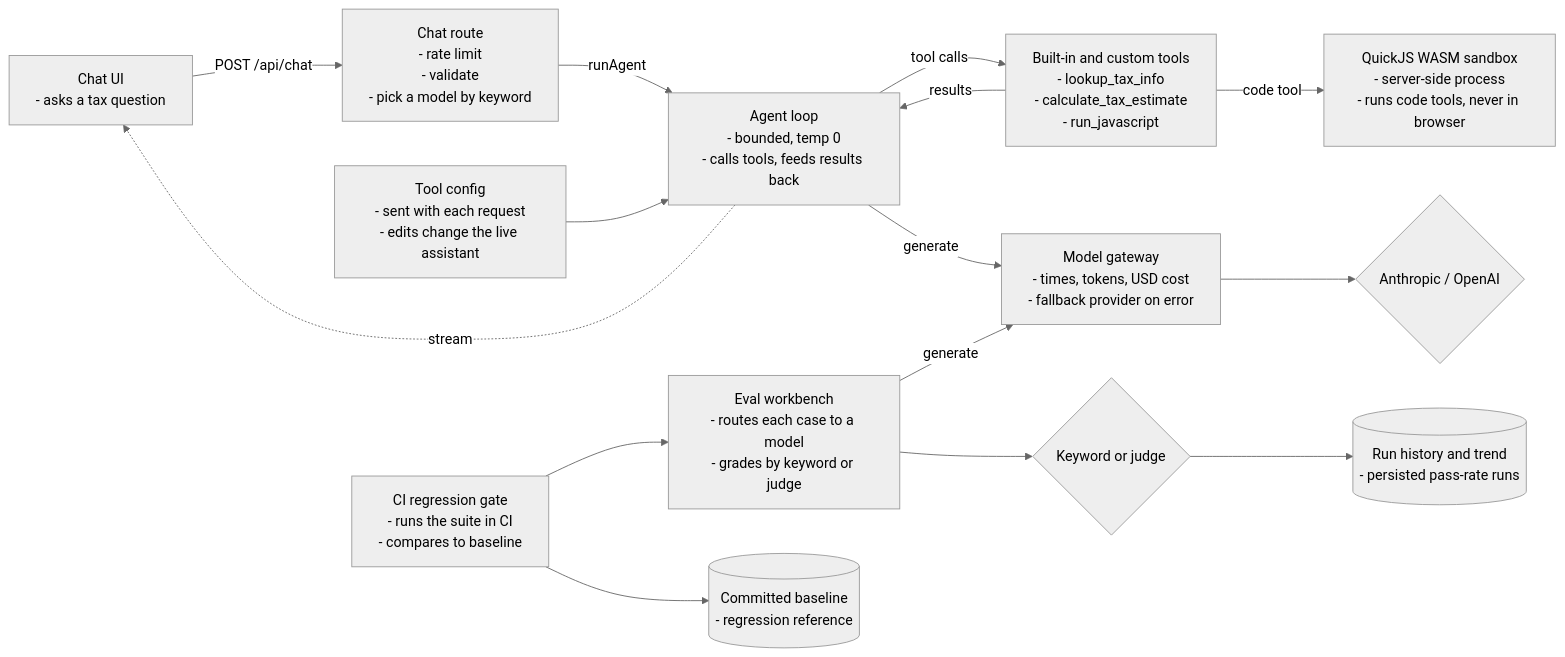
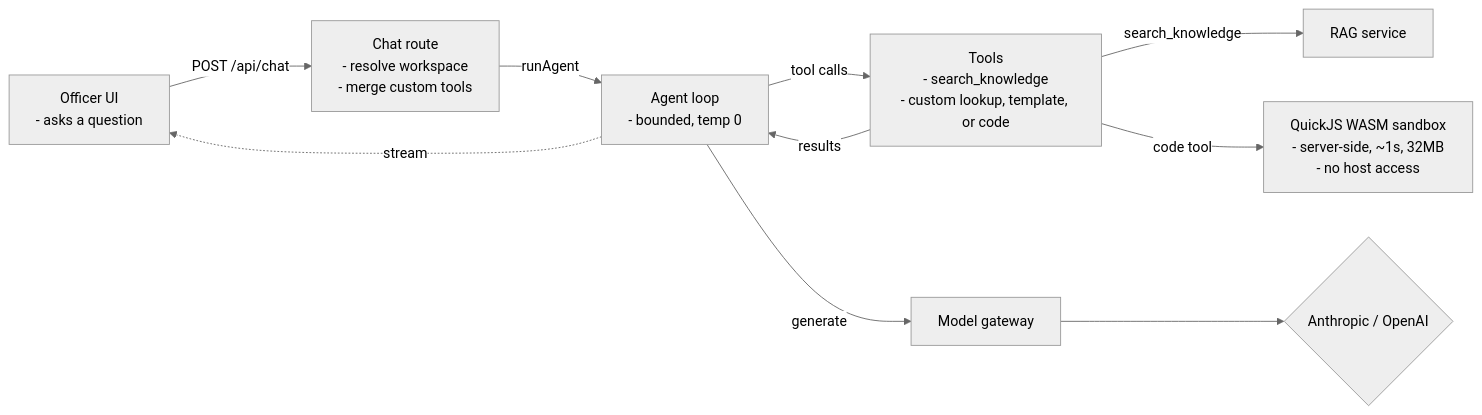
One commit to elleskay/ai-tax-assistant-platform changed the third of 6 diagrams in README.md. Above: the diagram before and after it, drawn with Mermaid (neutral theme). The commit also changed other lines of this file and 122 other files, not shown here.

````diff
--- a/README.md
+++ b/README.md
@@ -178,30 +182,20 @@
 ```mermaid
 flowchart LR
-  UI["Chat UI<br/>- asks a tax question"]
-  API["Chat route<br/>- rate limit<br/>- validate<br/>- pick a model by keyword"]
-  Agent["Agent loop<br/>- bounded, temp 0<br/>- calls tools, feeds results back"]
-  Tools["Built-in and custom tools<br/>- lookup_tax_info<br/>- calculate_tax_estimate<br/>- run_javascript"]
-  Cfg["Tool config<br/>- sent with each request<br/>- edits change the live assistant"]
-  Sandbox["QuickJS WASM sandbox<br/>- server-side process<br/>- runs code tools, never in browser"]
-  GW["Model gateway<br/>- times, tokens, USD cost<br/>- fallback provider on error"]
+  UI["Officer UI<br/>- asks a question"]
+  API["Chat route<br/>- resolve workspace<br/>- merge custom tools"]
+  Agent["Agent loop<br/>- bounded, temp 0"]
+  Tools["Tools<br/>- search_knowledge<br/>- custom lookup, template, or code"]
+  Sandbox["QuickJS WASM sandbox<br/>- server-side, ~1s, 32MB<br/>- no host access"]
+  GW["Model gateway"]
   Prov{"Anthropic / OpenAI"}
-  Eval["Eval workbench<br/>- routes each case to a model<br/>- grades by keyword or judge"]
-  Grade{"Keyword or judge"}
-  Runs[("Run history and trend<br/>- persisted pass-rate runs")]
-  CI["CI regression gate<br/>- runs the suite in CI<br/>- compares to baseline"]
-  Base[("Committed baseline<br/>- regression reference")]
+  RAG["RAG service"]
   UI -->|"POST /api/chat"| API
   API -->|runAgent| Agent
-  Cfg --> Agent
   Agent -->|tool calls| Tools
+  Tools -->|search_knowledge| RAG
+  Tools -->|code tool| Sandbox
   Tools -->|results| Agent
-  Tools -->|code tool| Sandbox
   Agent -->|generate| GW
   GW --> Prov
   Agent -.stream.-> UI
-  Eval -->|generate| GW
-  Eval --> Grade
-  Grade --> Runs
-  CI --> Eval
-  CI --> Base
 ```
````
